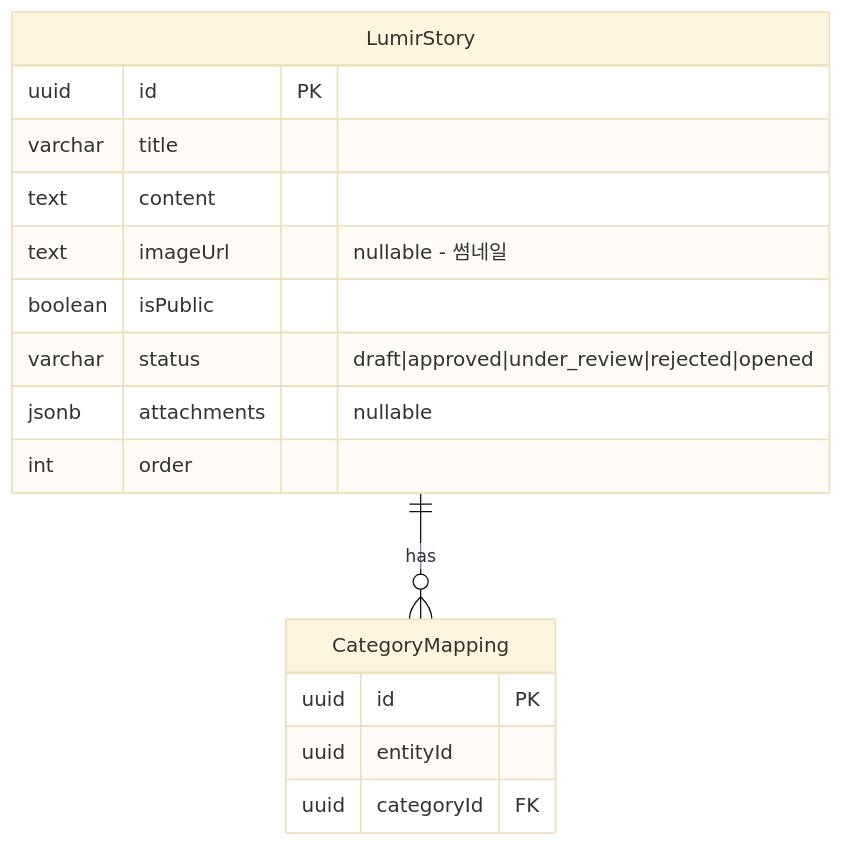
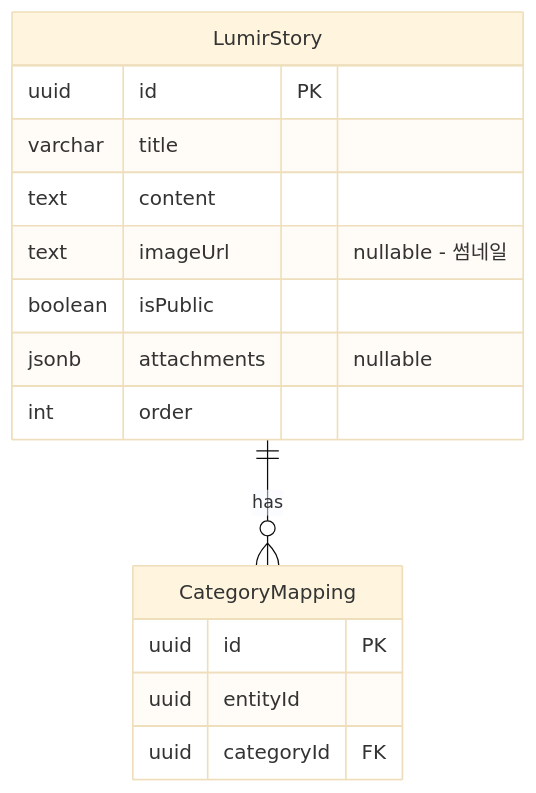
Diagram 11 of 15 in docs/erd/er-diagram-entities.md (GTD-web/Back_ContentsManagementSystem), drawn with Mermaid (base theme) before and after one commit. The commit also changed 9 other files, not shown here.

````diff
--- a/docs/erd/er-diagram-entities.md
+++ b/docs/erd/er-diagram-entities.md
@@ -489,21 +489,20 @@
 ```mermaid
 erDiagram
     LumirStory {
         uuid id PK
         varchar title
         text content
         text imageUrl "nullable - 썸네일"
         boolean isPublic
-        varchar status "draft|approved|under_review|rejected|opened"
         jsonb attachments "nullable"
         int order
     }
     
     CategoryMapping {
         uuid id PK
         uuid entityId
         uuid categoryId FK
     }
     
     LumirStory ||--o{ CategoryMapping : "has"
 ```
````
